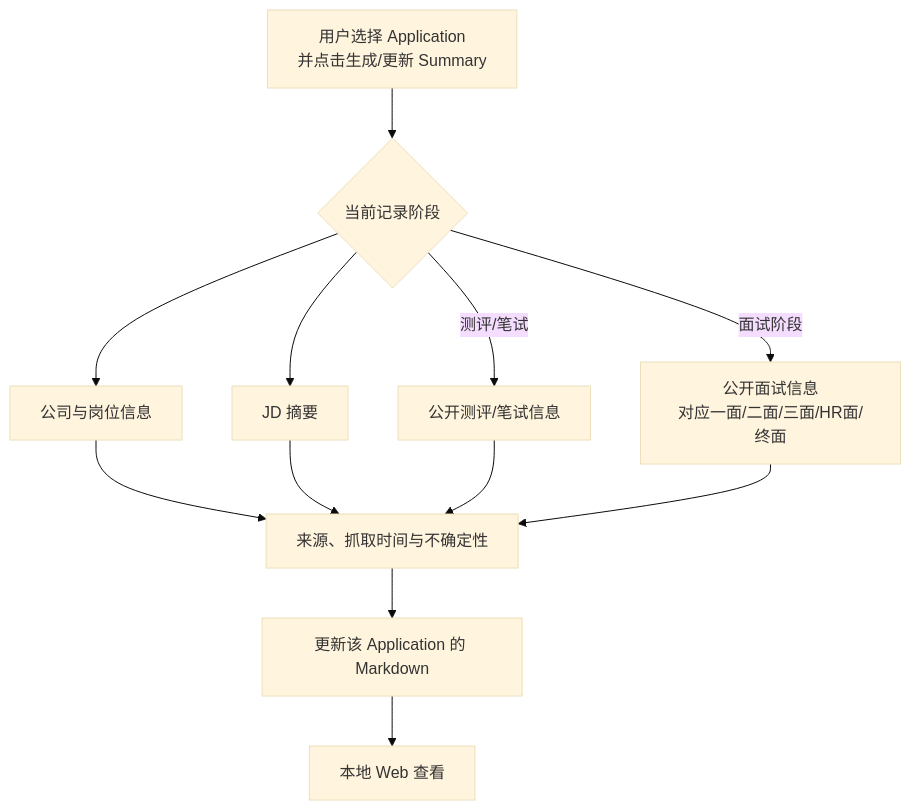
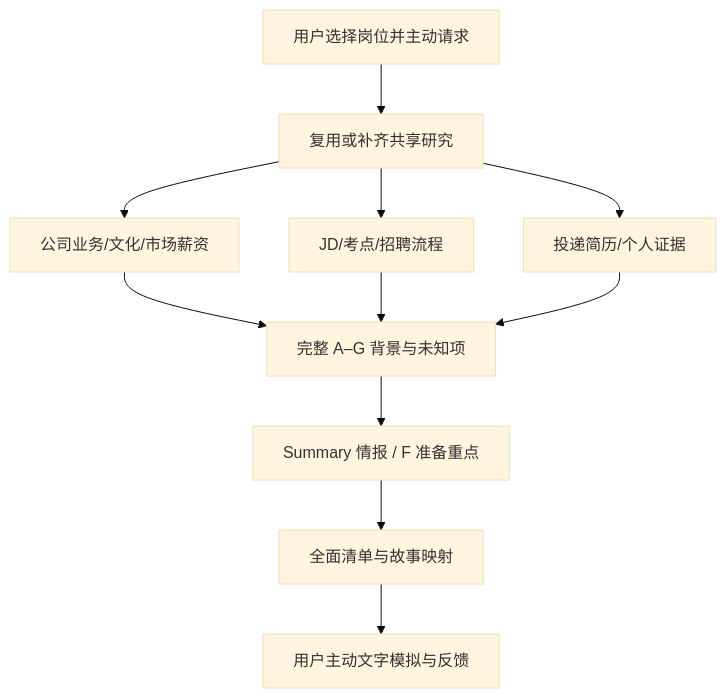
One commit to YUNJIDU/Careerpilot changed the diagram in plan/map/flow-03-stage-routing.md. Above: the diagram before and after it, drawn with Mermaid (base theme). The commit also changed other lines of this file and 52 other files, not shown here.

````diff
--- a/plan/map/flow-03-stage-routing.md
+++ b/plan/map/flow-03-stage-routing.md
@@ -3,24 +5,13 @@
 ```mermaid
 flowchart TD
-    U["用户选择 Application<br/>并点击生成/更新 Summary"]
-    S{"当前记录阶段"}
-    A["公司与岗位信息"]
-    J["JD 摘要"]
-    O["公开测评/笔试信息"]
-    I["公开面试信息<br/>对应一面/二面/三面/HR面/终面"]
-    R["来源、抓取时间与不确定性"]
-    M["更新该 Application 的 Markdown"]
-    W["本地 Web 查看"]
-
-    U --> S
-    S --> A
-    S --> J
-    S -->|测评/笔试| O
-    S -->|面试阶段| I
-    A --> R
-    J --> R
-    O --> R
-    I --> R
-    R --> M
-    M --> W
+    U[用户选择岗位并主动请求] --> R[复用或补齐共享研究]
+    R --> C[公司业务/文化/市场薪资]
+    R --> J[JD/考点/招聘流程]
+    R --> E[投递简历/个人证据]
+    C --> A[完整 A–G 背景与未知项]
+    J --> A
+    E --> A
+    A --> S[Summary 情报 / F 准备重点]
+    S --> I[全面清单与故事映射]
+    I --> P[用户主动文字模拟与反馈]
 ```
````
